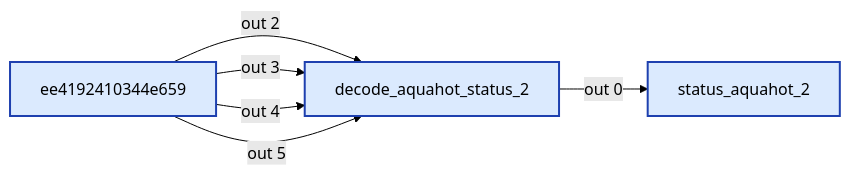
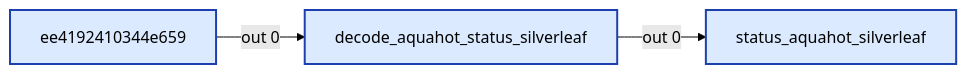
Before and after one commit to Backroads4Me/librecoach-node-red: the second of 5 diagrams in src/wiring/aquahot.md, drawn with Mermaid (forest theme). The commit also changed other lines of this file and 5 other files, not shown here.

````diff
--- a/src/wiring/aquahot.md
+++ b/src/wiring/aquahot.md
@@ -59,17 +71,14 @@
 ```mermaid
 flowchart LR
   classDef fn fill:#dbeafe,stroke:#1e40af,stroke-width:2px
   classDef ui fill:#ede9fe,stroke:#5b21b6,stroke-width:2px
   classDef sub fill:#fef3c7,stroke:#92400e,stroke-width:2px
   classDef link fill:#dcfce7,stroke:#166534,stroke-width:1px,stroke-dasharray:3 3
   classDef config fill:#f3f4f6,stroke:#6b7280,stroke-width:1px,stroke-dasharray:2 2
   classDef disabled opacity:0.5,stroke-dasharray:4 4
-  n_443fd5ec55d7["status_aquahot_2"]:::fn
-  n_a6985e36ac9c["decode_aquahot_status_2"]:::fn
+  n_43cd836c21f6["status_aquahot_silverleaf"]:::fn
+  n_5e7062bde869["decode_aquahot_status_silverleaf"]:::fn
   n_ee4192410344["ee4192410344e659"]:::fn
-  n_a6985e36ac9c -->|out 0| n_443fd5ec55d7
-  n_ee4192410344 -->|out 2| n_a6985e36ac9c
-  n_ee4192410344 -->|out 3| n_a6985e36ac9c
-  n_ee4192410344 -->|out 4| n_a6985e36ac9c
-  n_ee4192410344 -->|out 5| n_a6985e36ac9c
+  n_5e7062bde869 -->|out 0| n_43cd836c21f6
+  n_ee4192410344 -->|out 0| n_5e7062bde869
 ```
````
